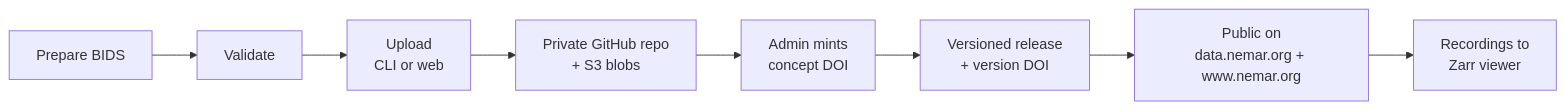
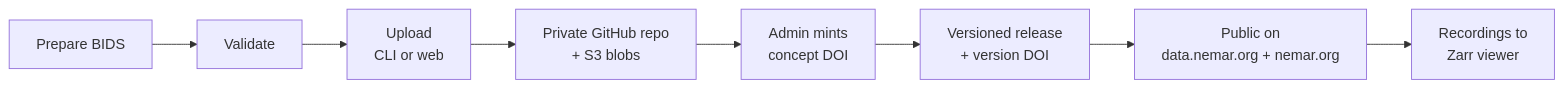
The second of 2 diagrams in src/content/docs/ecosystem/index.md (nemarOrg/docs), drawn with Mermaid before and after one commit. The commit also changed other lines of this file and 9 other files, not shown here.

Commit message:
Use canonical nemar.org host; fix stale AGENTS.md cutover note

````diff
--- a/src/content/docs/ecosystem/index.md
+++ b/src/content/docs/ecosystem/index.md
@@ -49,10 +49,10 @@
 ```mermaid
 flowchart LR
   A[Prepare BIDS] --> B[Validate]
   B --> C[Upload<br/>CLI or web]
   C --> D[Private GitHub repo<br/>+ S3 blobs]
   D --> E[Admin mints<br/>concept DOI]
   E --> F[Versioned release<br/>+ version DOI]
-  F --> G[Public on<br/>data.nemar.org + www.nemar.org]
+  F --> G[Public on<br/>data.nemar.org + nemar.org]
   G --> H[Recordings to<br/>Zarr viewer]
 ```
````
